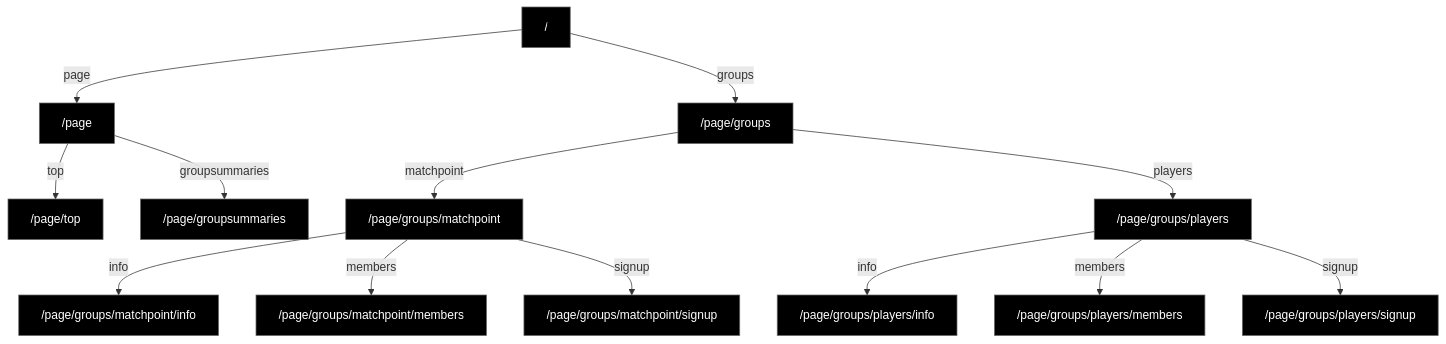
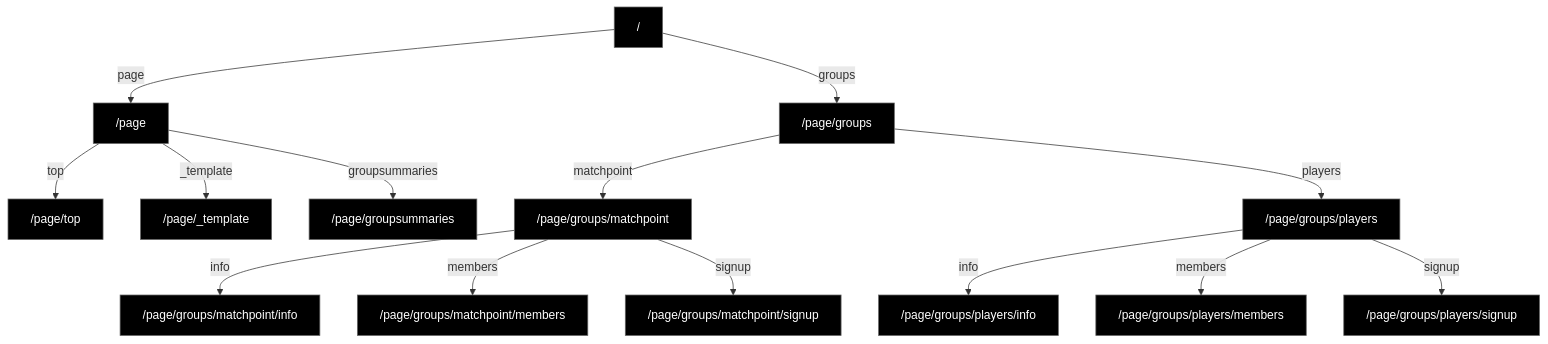
Before and after one commit to pelicanbaytennisgroups/content: the diagram in README.md, drawn with Mermaid. The commit also changed other lines of this file, not shown here.

Commit message:
Update README with external links map [ci skip]

````diff
--- a/README.md
+++ b/README.md
@@ -18,30 +19,32 @@
 ```mermaid
 graph TD
     %% Site structure diagram with styling
     classDef default fill:#000,color:#fff,stroke:#666,stroke-width:1px;
     Root["/"]
     page["/page"]
     Root -->|"page"| page
     page_top["/page/top"]
     page -->|"top"| page_top
     page_groups["/page/groups"]
     Root -->|"groups"| page_groups
     page_groups_matchpoint["/page/groups/matchpoint"]
     page_groups -->|"matchpoint"| page_groups_matchpoint
     page_groups_players["/page/groups/players"]
     page_groups -->|"players"| page_groups_players
+    page__template["/page/_template"]
+    page -->|"_template"| page__template
     page_groups_matchpoint_info["/page/groups/matchpoint/info"]
     page_groups_matchpoint -->|"info"| page_groups_matchpoint_info
     page_groups_matchpoint_members["/page/groups/matchpoint/members"]
     page_groups_matchpoint -->|"members"| page_groups_matchpoint_members
     page_groups_matchpoint_signup["/page/groups/matchpoint/signup"]
     page_groups_matchpoint -->|"signup"| page_groups_matchpoint_signup
     page_groups_players_info["/page/groups/players/info"]
     page_groups_players -->|"info"| page_groups_players_info
     page_groups_players_members["/page/groups/players/members"]
     page_groups_players -->|"members"| page_groups_players_members
     page_groups_players_signup["/page/groups/players/signup"]
     page_groups_players -->|"signup"| page_groups_players_signup
     page_groupsummaries["/page/groupsummaries"]
     page -->|"groupsummaries"| page_groupsummaries
 ```
````
